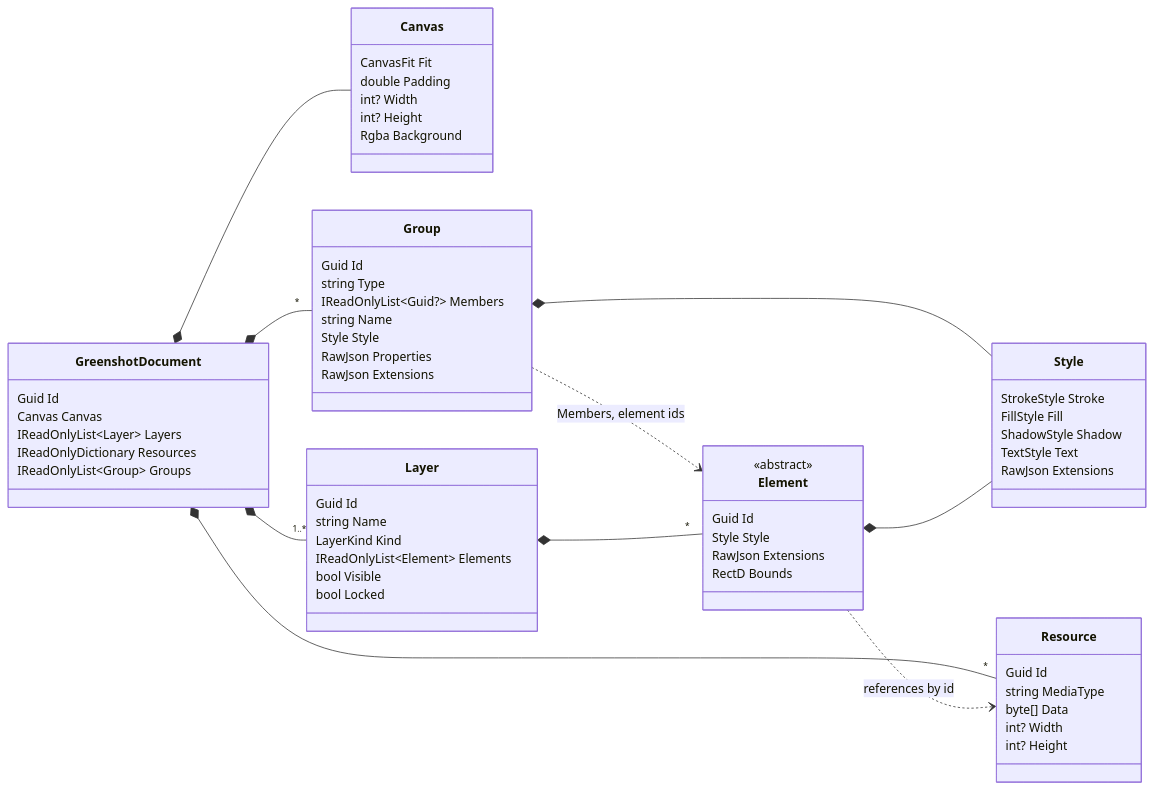
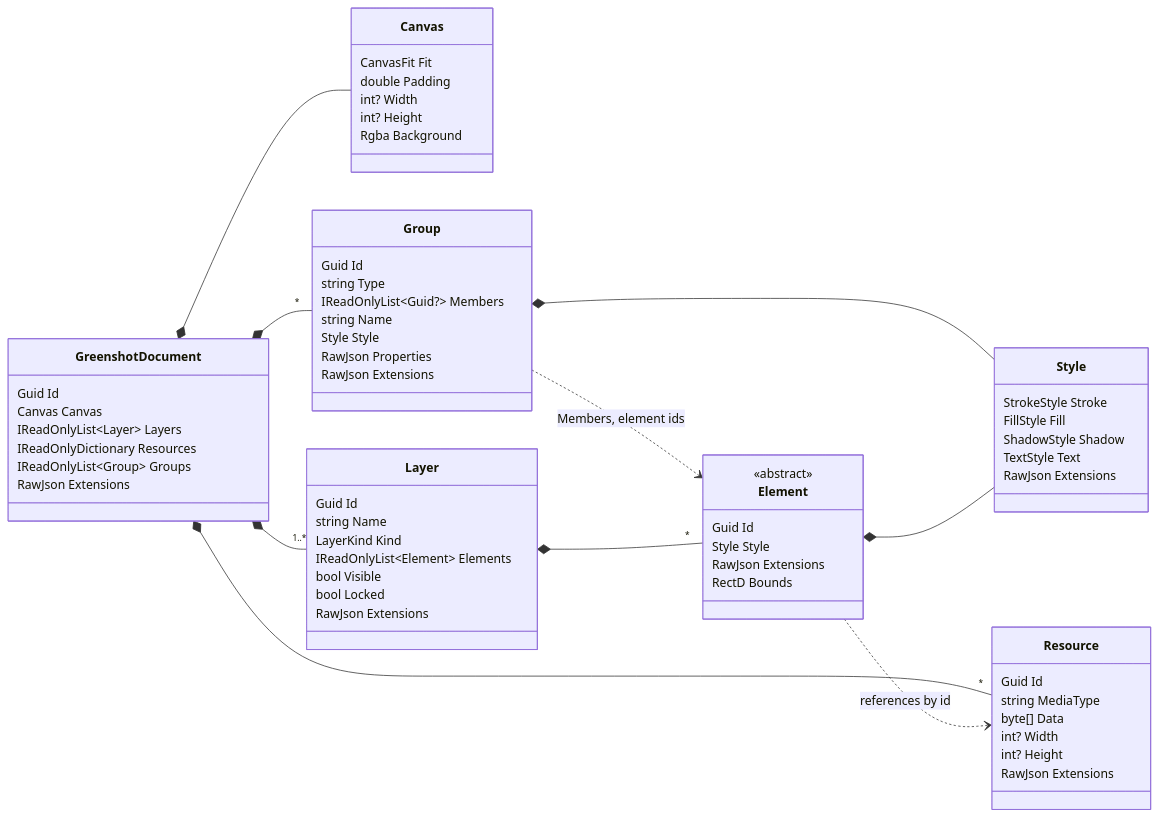
One commit to greenshot/greenshot changed the second of 5 diagrams in docs/document-model.md. Above: the diagram before and after it, drawn with Mermaid. The commit also changed other lines of this file and 7 other files, not shown here.

````diff
--- a/docs/document-model.md
+++ b/docs/document-model.md
@@ -50,65 +50,68 @@
 ```mermaid
 classDiagram
     direction LR
     class GreenshotDocument {
         Guid Id
         Canvas Canvas
         IReadOnlyList~Layer~ Layers
         IReadOnlyDictionary Resources
         IReadOnlyList~Group~ Groups
+        RawJson Extensions
     }
     class Canvas {
         CanvasFit Fit
         double Padding
         int? Width
         int? Height
         Rgba Background
     }
     class Group {
         Guid Id
         string Type
         IReadOnlyList~Guid?~ Members
         string Name
         Style Style
         RawJson Properties
         RawJson Extensions
     }
     class Layer {
         Guid Id
         string Name
         LayerKind Kind
         IReadOnlyList~Element~ Elements
         bool Visible
         bool Locked
+        RawJson Extensions
     }
     class Resource {
         Guid Id
         string MediaType
         byte[] Data
         int? Width
         int? Height
+        RawJson Extensions
     }
     class Element {
         <<abstract>>
         Guid Id
         Style Style
         RawJson Extensions
         RectD Bounds
     }
     class Style {
         StrokeStyle Stroke
         FillStyle Fill
         ShadowStyle Shadow
         TextStyle Text
         RawJson Extensions
     }
     GreenshotDocument *-- Canvas
     GreenshotDocument *-- "1..*" Layer
     GreenshotDocument *-- "*" Resource
     GreenshotDocument *-- "*" Group
     Group ..> Element : Members, element ids
     Group *-- Style
     Layer *-- "*" Element
     Element *-- Style
     Element ..> Resource : references by id
 ```
````
